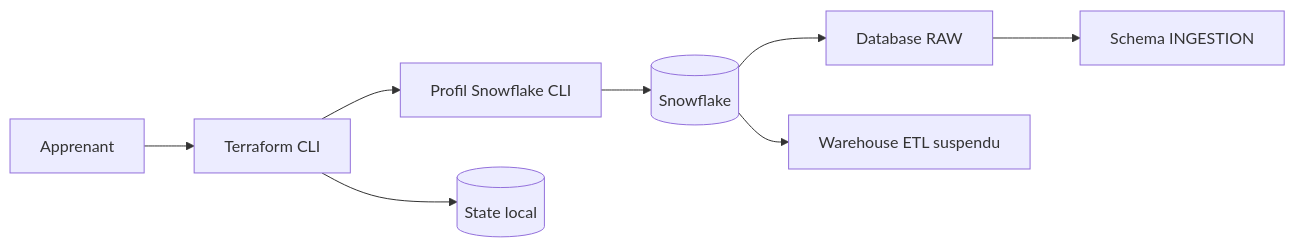
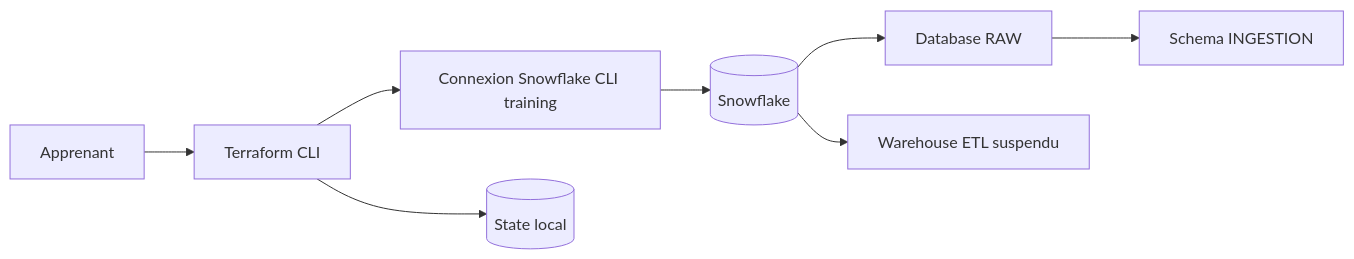
The diagram in courses/day-01/module-01-iac-workflow/lab.md (msellamiTN/Snowflake-terraform), drawn with Mermaid before and after one commit. The commit also changed other lines of this file and 2 other files, not shown here.

First line of the commit message:
docs: migrate M1 and M2 labs to use data-platform clone and training connection

````diff
--- a/courses/day-01/module-01-iac-workflow/lab.md
+++ b/courses/day-01/module-01-iac-workflow/lab.md
@@ -18,10 +18,10 @@
 ```mermaid
 flowchart LR
     DEV[Apprenant] --> TF[Terraform CLI]
-    TF --> PROFILE[Profil Snowflake CLI]
+    TF --> PROFILE[Connexion Snowflake CLI training]
     PROFILE --> SF[(Snowflake)]
     TF --> STATE[(State local)]
     SF --> DB[Database RAW]
     DB --> SCHEMA[Schema INGESTION]
     SF --> WH[Warehouse ETL suspendu]
 ```
````
